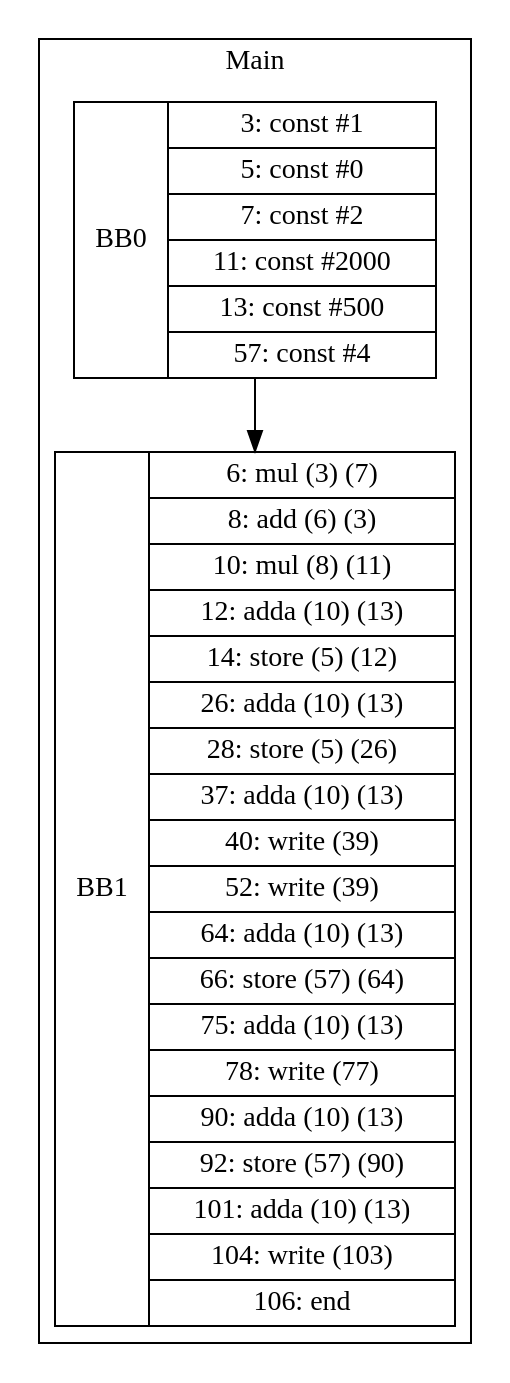
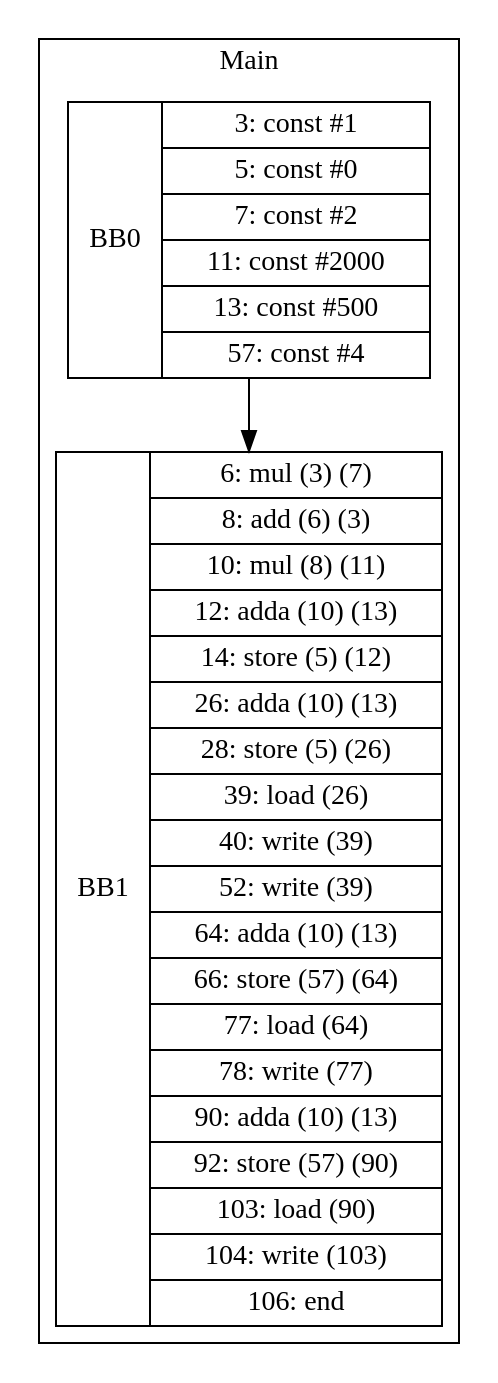
Before and after one commit to zjc664656505/UCI-CS241-Advanced-Compiler-main: the diagram in visualization/Yunpeng/array_kill.gv, drawn with Graphviz. The commit also changed 40 other files, not shown here.

```diff
--- a/visualization/Yunpeng/array_kill.gv
+++ b/visualization/Yunpeng/array_kill.gv
@@ -1,9 +1,9 @@
 digraph G {
 node [shape=record];
 subgraph cluster_main{
 label = "Main";
 BB0 [shape=record, label="<b>BB0|{3: const #1|5: const #0|7: const #2|11: const #2000|13: const #500|57: const #4}"];
-BB1 [shape=record, label="<b>BB1|{6: mul (3) (7)|8: add (6) (3)|10: mul (8) (11)|12: adda (10) (13)|14: store (5) (12)|26: adda (10) (13)|28: store (5) (26)|37: adda (10) (13)|40: write (39)|52: write (39)|64: adda (10) (13)|66: store (57) (64)|75: adda (10) (13)|78: write (77)|90: adda (10) (13)|92: store (57) (90)|101: adda (10) (13)|104: write (103)|106: end}"];
+BB1 [shape=record, label="<b>BB1|{6: mul (3) (7)|8: add (6) (3)|10: mul (8) (11)|12: adda (10) (13)|14: store (5) (12)|26: adda (10) (13)|28: store (5) (26)|39: load (26)|40: write (39)|52: write (39)|64: adda (10) (13)|66: store (57) (64)|77: load (64)|78: write (77)|90: adda (10) (13)|92: store (57) (90)|103: load (90)|104: write (103)|106: end}"];
 }
 BB0:s -> BB1:n ;
 }
```
